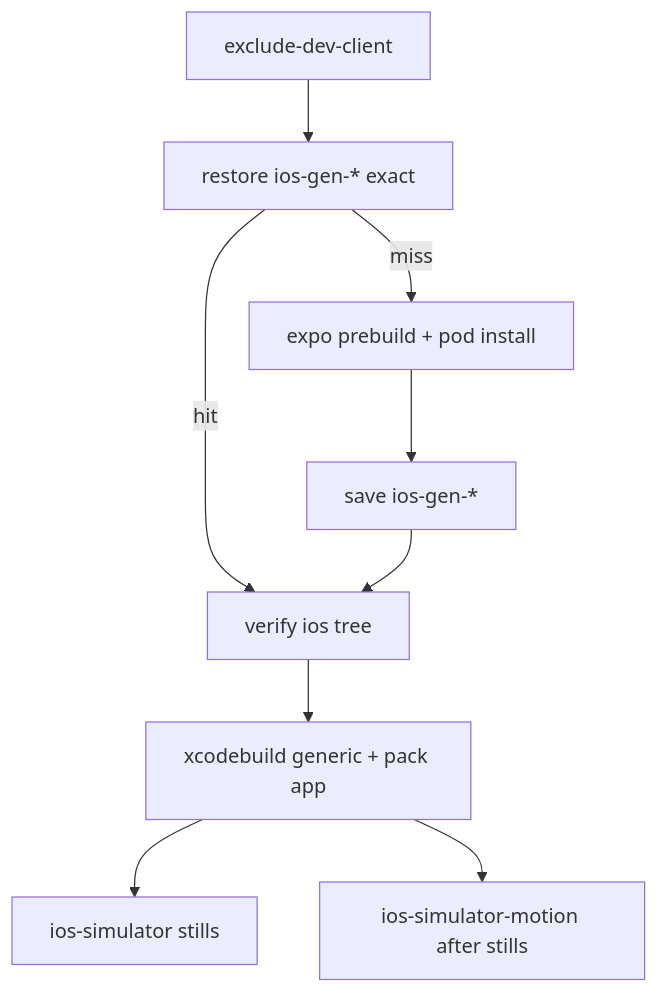
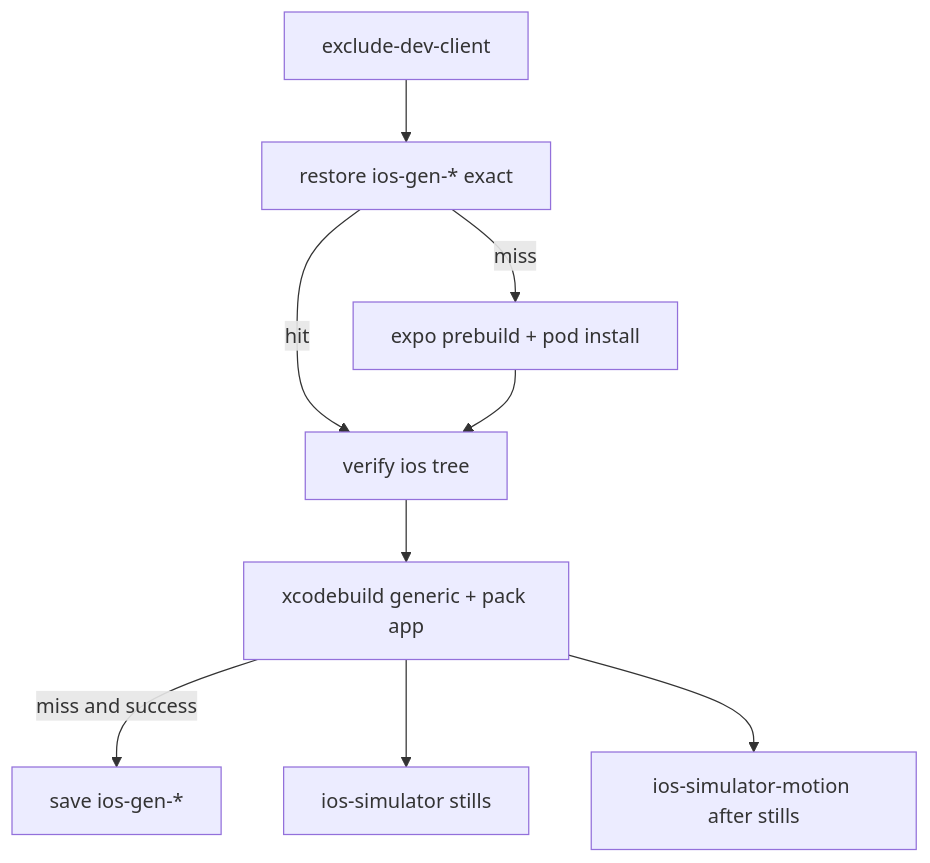
Before and after one commit to AruNi-01/atmos: the diagram in specs/APP/QUALITY-022_ios-simulator-ci-cache/TECH.md, drawn with Mermaid. The commit also changed other lines of this file and 3 other files, not shown here.

First line of the commit message:
fix(QUALITY-022): hash patches+workflow, save after xcodebuild

````diff
--- a/specs/APP/QUALITY-022_ios-simulator-ci-cache/TECH.md
+++ b/specs/APP/QUALITY-022_ios-simulator-ci-cache/TECH.md
@@ -88,11 +89,11 @@
 ```mermaid
 flowchart TD
   bake["exclude-dev-client"] --> iosRestore["restore ios-gen-* exact"]
   iosRestore -->|miss| prebuild["expo prebuild + pod install"]
-  prebuild --> iosSave["save ios-gen-*"]
   iosRestore -->|hit| verify["verify ios tree"]
-  iosSave --> verify
+  prebuild --> verify
   verify --> xcodebuild["xcodebuild generic + pack app"]
+  xcodebuild -->|miss and success| iosSave["save ios-gen-*"]
   xcodebuild --> stills["ios-simulator stills"]
   xcodebuild --> motion["ios-simulator-motion after stills"]
 ```
````
